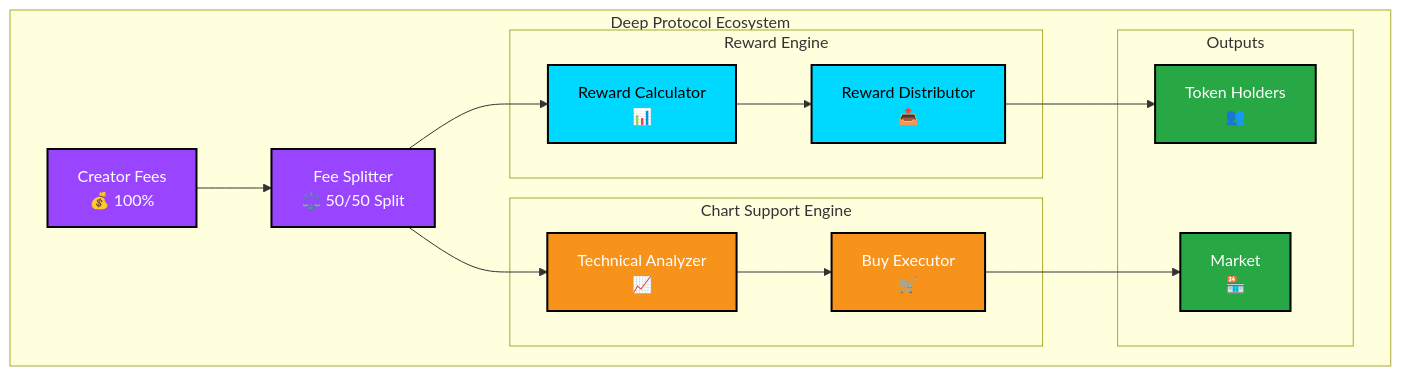
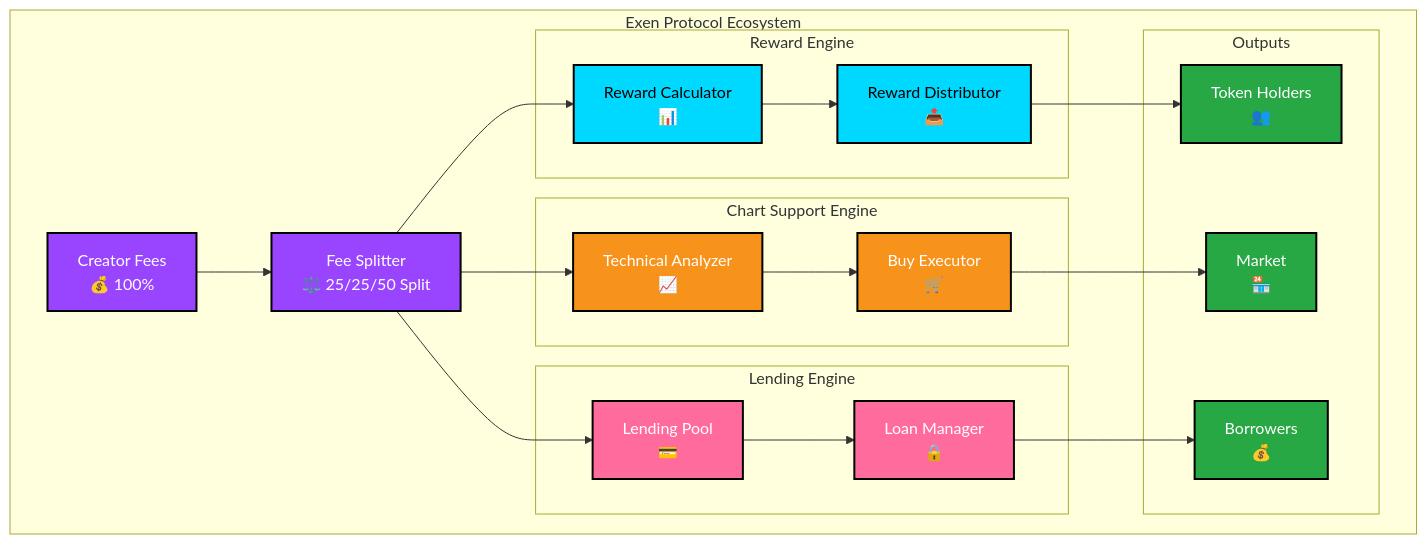
The diagram in README.md (Exen-Protocol/Exen-Protocol), drawn with Mermaid before and after one commit. The commit also changed other lines of this file, not shown here.

````diff
--- a/README.md
+++ b/README.md
@@ -5,42 +5,53 @@
 ```mermaid
 graph TB
-    subgraph "Deep Protocol Ecosystem"
+    subgraph "Exen Protocol Ecosystem"
         CF[Creator Fees<br/>💰 100%]
-        FS[Fee Splitter<br/>⚖️ 50/50 Split]
+        FS[Fee Splitter<br/>⚖️ 25/25/50 Split]
         
         subgraph "Reward Engine"
             RE[Reward Calculator<br/>📊]
             RD[Reward Distributor<br/>📤]
         end
         
         subgraph "Chart Support Engine"
             TA[Technical Analyzer<br/>📈]
             BE[Buy Executor<br/>🛒]
         end
         
+        subgraph "Lending Engine"
+            LP[Lending Pool<br/>💳]
+            LM[Loan Manager<br/>🔒]
+        end
+        
         subgraph "Outputs"
             H[Token Holders<br/>👥]
             M[Market<br/>🏪]
+            B[Borrowers<br/>💰]
         end
     end
     
     %% Main flow
     CF --> FS
     FS --> RE
     FS --> TA
+    FS --> LP
     RE --> RD
     TA --> BE
+    LP --> LM
     RD --> H
     BE --> M
+    LM --> B
     
     %% Styling
     classDef primary fill:#9945FF,stroke:#000,stroke-width:2px,color:#fff
     classDef secondary fill:#00D9FF,stroke:#000,stroke-width:2px,color:#000
     classDef accent fill:#F7931A,stroke:#000,stroke-width:2px,color:#fff
     classDef success fill:#28a745,stroke:#000,stroke-width:2px,color:#fff
+    classDef lending fill:#FF6B9D,stroke:#000,stroke-width:2px,color:#fff
     
     class CF,FS primary
     class RE,RD secondary
     class TA,BE accent
-    class H,M success
+    class LP,LM lending
+    class H,M,B success
 ```
````
